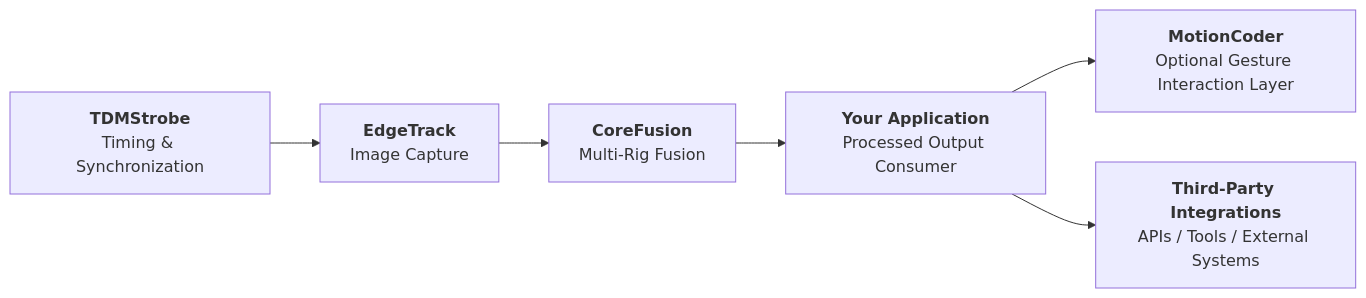
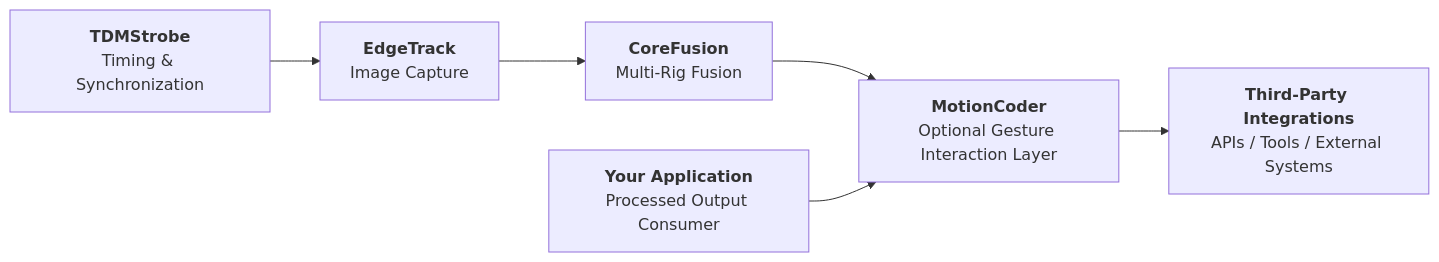
Before and after one commit to edgetrackorg/overview: the first of 4 diagrams in README.md, drawn with Mermaid.

````diff
--- a/README.md
+++ b/README.md
@@ -53,15 +53,15 @@
 ```mermaid
 flowchart LR
     A[<strong>TDMStrobe</strong><br/>Timing & Synchronization]
     B[<strong>EdgeTrack</strong><br/>Image Capture]
     C[<strong>CoreFusion</strong><br/>Multi-Rig Fusion]
     D[<strong>Your Application</strong><br/>Processed Output Consumer]
     E[<strong>MotionCoder</strong><br/>Optional Gesture Interaction Layer]
     F[<strong>Third-Party Integrations</strong><br/>APIs / Tools / External Systems]
 
     A --> B
     B --> C
-    C --> D
+    C --> E
     D --> E
-    D --> F
+    E --> F
 ```
````
